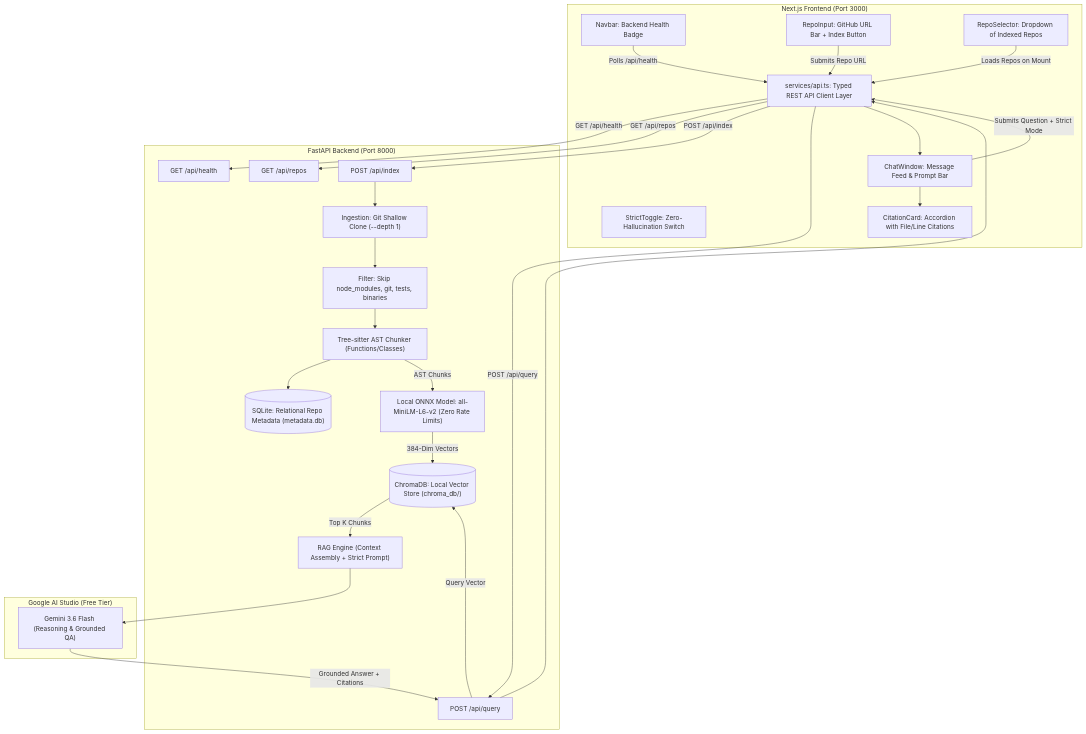
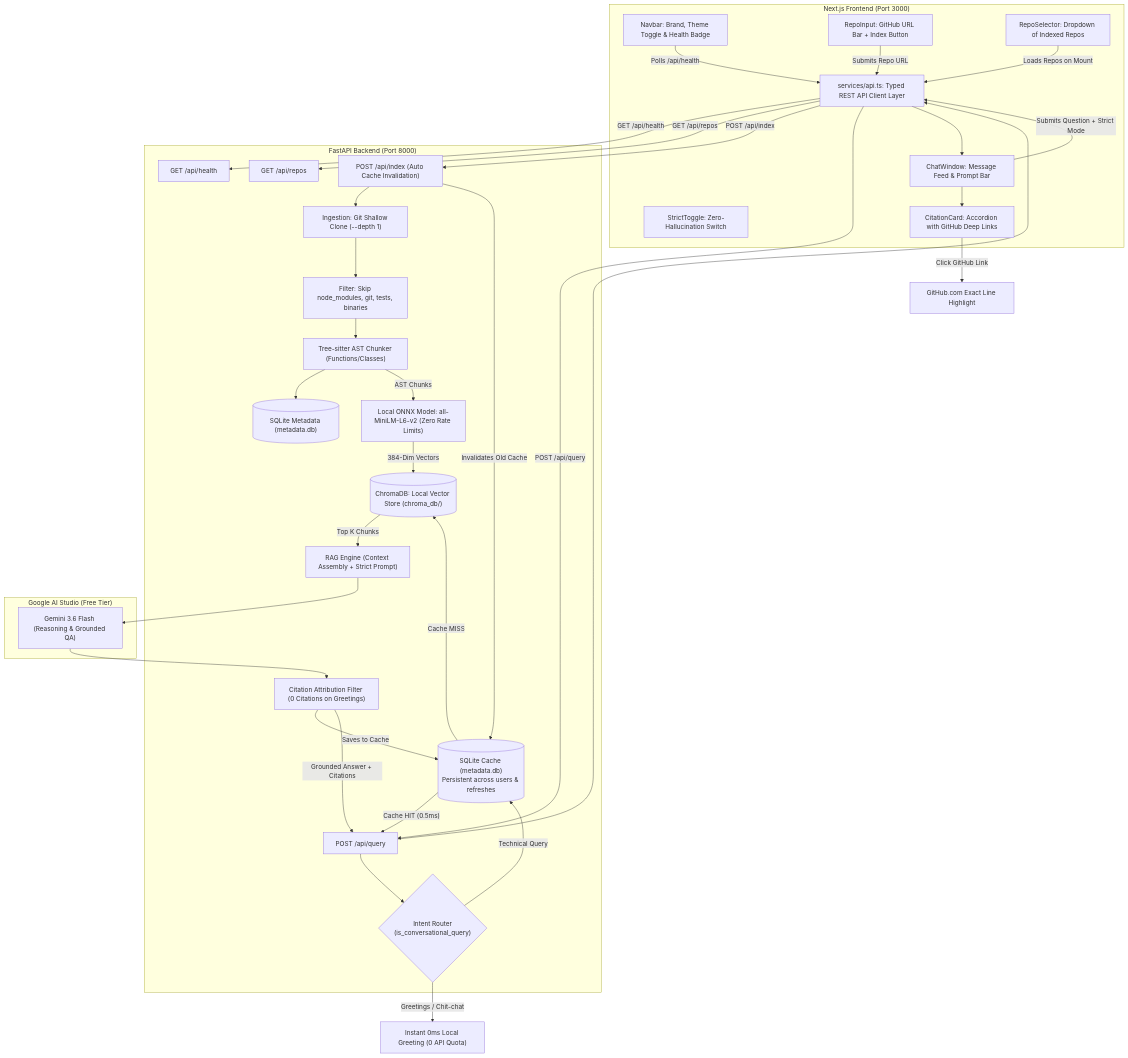
One commit to Priyansh-hehe/repo-query-assistant changed the diagram in implementation_plan.md. Above: the diagram before and after it, drawn with Mermaid. The commit also changed other lines of this file and 15 other files, not shown here.

Commit message:
dark and light theme, ciation pull accuracy fix, github link with citations

````diff
--- a/implementation_plan.md
+++ b/implementation_plan.md
@@ -9,52 +9,63 @@
 ```mermaid
 flowchart TD
     subgraph Frontend ["Next.js Frontend (Port 3000)"]
-        UI_Nav["Navbar: Backend Health Badge"]
+        UI_Nav["Navbar: Brand, Theme Toggle & Health Badge"]
         UI_Input["RepoInput: GitHub URL Bar + Index Button"]
         UI_Select["RepoSelector: Dropdown of Indexed Repos"]
         UI_Toggle["StrictToggle: Zero-Hallucination Switch"]
         UI_Chat["ChatWindow: Message Feed & Prompt Bar"]
-        UI_Cards["CitationCard: Accordion with File/Line Citations"]
+        UI_Cards["CitationCard: Accordion with GitHub Deep Links"]
         API_Client["services/api.ts: Typed REST API Client Layer"]
     end
 
     subgraph Backend ["FastAPI Backend (Port 8000)"]
         API_Health["GET /api/health"]
         API_Repos["GET /api/repos"]
-        API_Index["POST /api/index"]
+        API_Index["POST /api/index (Auto Cache Invalidation)"]
         API_Query["POST /api/query"]
         
+        Router{"Intent Router\n(is_conversational_query)"}
+        SQLiteCache[("SQLite Cache (metadata.db)\nPersistent across users & refreshes")]
         Ingest["Ingestion: Git Shallow Clone (--depth 1)"]
         Filter["Filter: Skip node_modules, git, tests, binaries"]
         Parser["Tree-sitter AST Chunker (Functions/Classes)"]
-        SQLite[("SQLite: Relational Repo Metadata (metadata.db)")]
+        SQLiteMeta[("SQLite Metadata (metadata.db)")]
         ONNX["Local ONNX Model: all-MiniLM-L6-v2 (Zero Rate Limits)"]
         Chroma[("ChromaDB: Local Vector Store (chroma_db/)")]
         RAG["RAG Engine (Context Assembly + Strict Prompt)"]
+        AttrFilter["Citation Attribution Filter (0 Citations on Greetings)"]
     end
 
     subgraph Cloud ["Google AI Studio (Free Tier)"]
         Flash["Gemini 3.6 Flash (Reasoning & Grounded QA)"]
     end
 
     UI_Nav -->|"Polls /api/health"| API_Client
     UI_Input -->|"Submits Repo URL"| API_Client
     UI_Select -->|"Loads Repos on Mount"| API_Client
     UI_Chat -->|"Submits Question + Strict Mode"| API_Client
 
     API_Client -->|"GET /api/health"| API_Health
     API_Client -->|"GET /api/repos"| API_Repos
     API_Client -->|"POST /api/index"| API_Index
     API_Client -->|"POST /api/query"| API_Query
 
     API_Index --> Ingest --> Filter --> Parser
-    Parser --> SQLite
+    Parser --> SQLiteMeta
     Parser -->|"AST Chunks"| ONNX
     ONNX -->|"384-Dim Vectors"| Chroma
+    API_Index -->|"Invalidates Old Cache"| SQLiteCache
 
-    API_Query -->|"Query Vector"| Chroma
+    API_Query --> Router
+    Router -->|"Greetings / Chit-chat"| FastReply["Instant 0ms Local Greeting (0 API Quota)"]
+    Router -->|"Technical Query"| SQLiteCache
+    SQLiteCache -->|"Cache HIT (0.5ms)"| API_Query
+    SQLiteCache -->|"Cache MISS"| Chroma
     Chroma -->|"Top K Chunks"| RAG
     RAG --> Flash
-    Flash -->|"Grounded Answer + Citations"| API_Query
+    Flash --> AttrFilter
+    AttrFilter -->|"Saves to Cache"| SQLiteCache
+    AttrFilter -->|"Grounded Answer + Citations"| API_Query
     API_Query --> API_Client --> UI_Chat --> UI_Cards
+    UI_Cards -->|"Click GitHub Link"| GH["GitHub.com Exact Line Highlight"]
 ```
````
